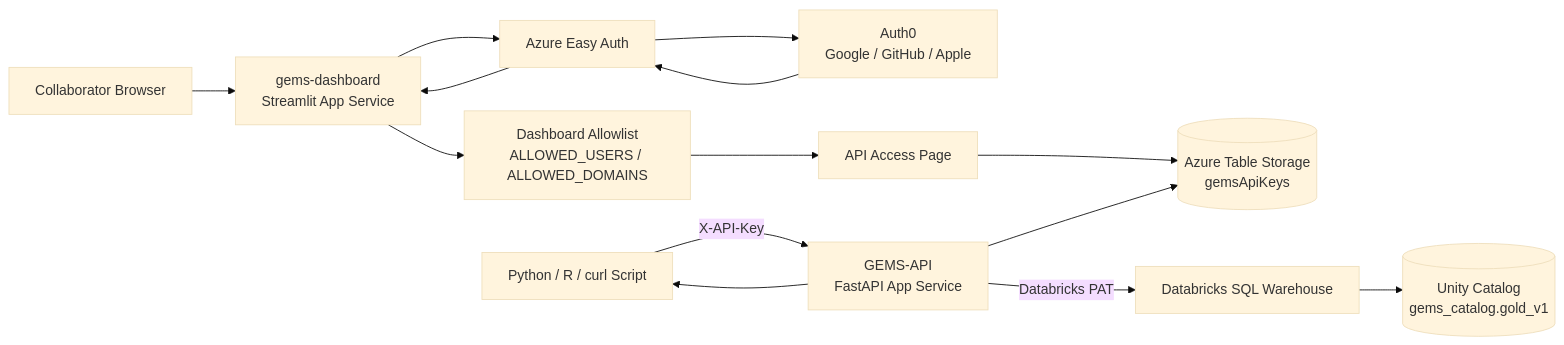
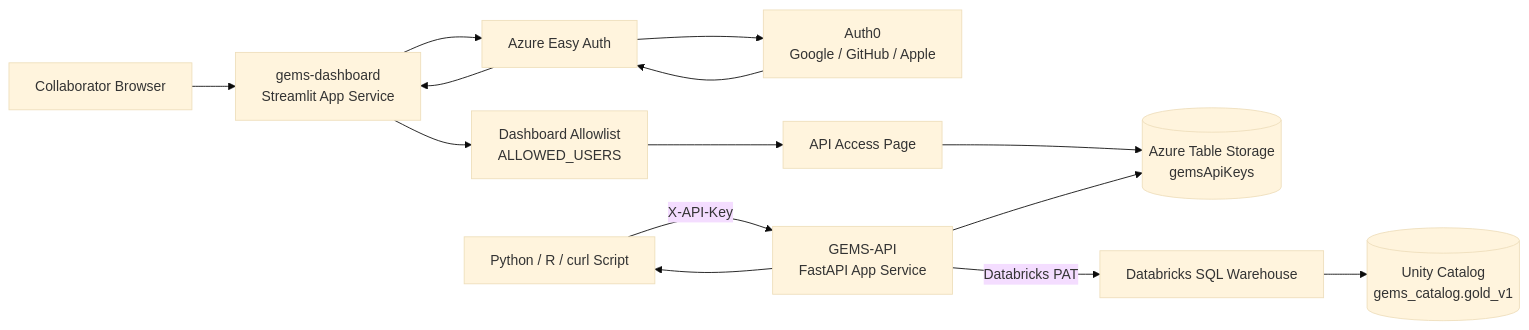
Before and after one commit to gems-project/gems-api: the first of 2 diagrams in note_api_dashboard.md, drawn with Mermaid (base theme). The commit also changed other lines of this file and 27 other files, not shown here.

````diff
--- a/note_api_dashboard.md
+++ b/note_api_dashboard.md
@@ -75,19 +75,19 @@
 ```mermaid
 flowchart LR
     U[Collaborator Browser] --> D[gems-dashboard<br/>Streamlit App Service]
     D --> EA[Azure Easy Auth]
     EA --> A0[Auth0<br/>Google / GitHub / Apple]
     A0 --> EA
     EA --> D
 
-    D --> AL[Dashboard Allowlist<br/>ALLOWED_USERS / ALLOWED_DOMAINS]
+    D --> AL[Dashboard Allowlist<br/>ALLOWED_USERS]
     AL --> K[API Access Page]
     K --> TS[(Azure Table Storage<br/>gemsApiKeys)]
 
     S[Python / R / curl Script] -->|X-API-Key| API[GEMS-API<br/>FastAPI App Service]
     API --> TS
     API -->|Databricks PAT| DB[Databricks SQL Warehouse]
     DB --> UC[(Unity Catalog<br/>gems_catalog.gold_v1)]
 
     API --> S
 ```
````
